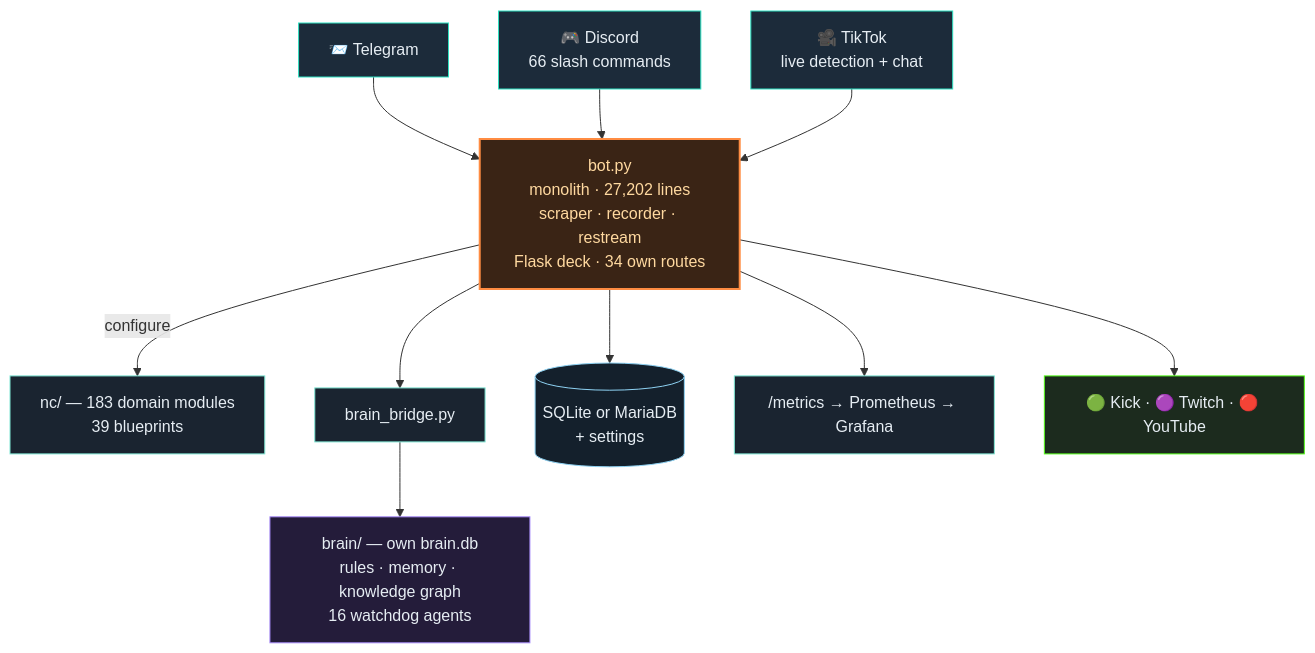
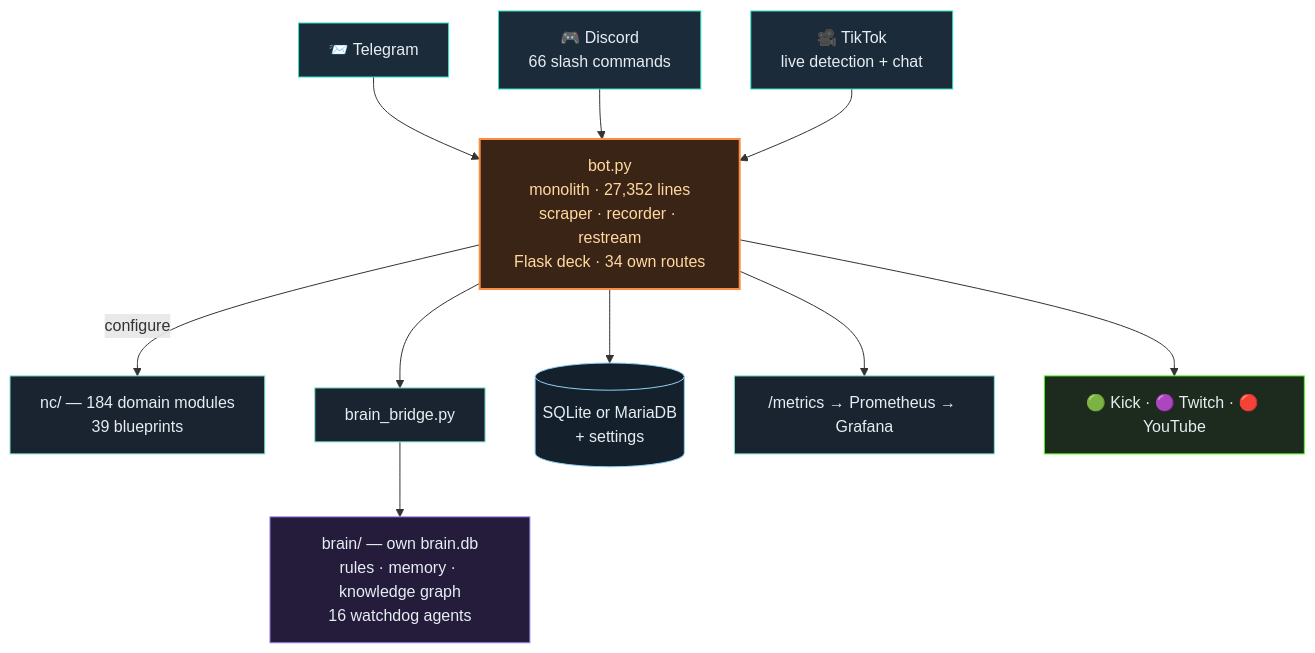
One commit to itsamemedev/Telegram-Stream-Info-Bot changed the second of 3 diagrams in README.en.md. Above: the diagram before and after it, drawn with Mermaid. The commit also changed other lines of this file and 21 other files, not shown here.

````diff
--- a/README.en.md
+++ b/README.en.md
@@ -119,19 +119,19 @@
 ```mermaid
 flowchart TB
     TG["📨 Telegram"]:::ein --> BOT
     DC["🎮 Discord<br/>66 slash commands"]:::ein --> BOT
     TT["🎥 TikTok<br/>live detection + chat"]:::ein --> BOT
-    BOT["bot.py<br/>monolith · 27,202 lines<br/>scraper · recorder · restream<br/>Flask deck · 34 own routes"]:::core
-    BOT -->|configure| NC["nc/ — 183 domain modules<br/>39 blueprints"]:::lib
+    BOT["bot.py<br/>monolith · 27,352 lines<br/>scraper · recorder · restream<br/>Flask deck · 34 own routes"]:::core
+    BOT -->|configure| NC["nc/ — 184 domain modules<br/>39 blueprints"]:::lib
     BOT --> BR["brain_bridge.py"]:::lib
     BR --> BRAIN["brain/ — own brain.db<br/>rules · memory · knowledge graph<br/>16 watchdog agents"]:::brain
     BOT --> DB[("SQLite or MariaDB<br/>+ settings")]:::db
     BOT --> PROM["/metrics → Prometheus → Grafana"]:::lib
     BOT --> OUT["🟢 Kick · 🟣 Twitch · 🔴 YouTube"]:::out
     classDef ein fill:#1c2b3a,stroke:#2de1c2,color:#e6edf3
     classDef core fill:#3a2415,stroke:#ff8c42,stroke-width:2px,color:#ffd9a0
     classDef lib fill:#1a2430,stroke:#7fe7d4,color:#e6edf3
     classDef brain fill:#241c3a,stroke:#a78bfa,color:#e6edf3
     classDef db fill:#14202c,stroke:#8fd3f4,color:#e6edf3
     classDef out fill:#1c2b1e,stroke:#53fc18,color:#e6edf3
 ```
````
